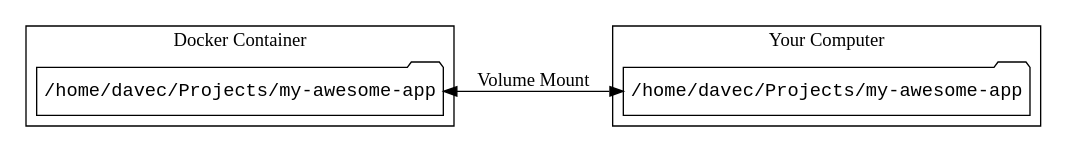
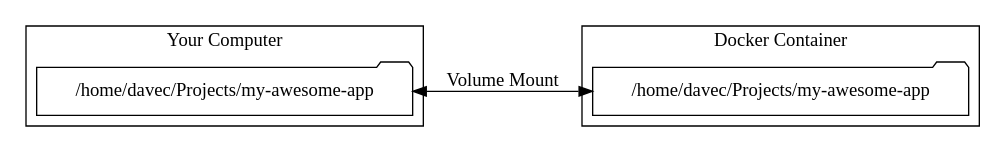
Before and after one commit to davetron5000/naildrivin5.com: the diagram in images/lsp-docker-mounts-same.dot, drawn with Graphviz. The commit also changed 197 other files, not shown here.

```diff
--- a/images/lsp-docker-mounts-same.dot
+++ b/images/lsp-docker-mounts-same.dot
@@ -1,22 +1,22 @@
 digraph G {
   
   rankdir="LR"
   subgraph cluster_docker {
       label = "Docker Container"
-      fontname="Avenir"
+      fontname="Jost"
       
       MountedDir
   }
   subgraph cluster_host {
       label = "Your Computer"
-      fontname="Avenir"
+      fontname="Jost"
       
       SourceDir
   }
  
-  MountedDir -> SourceDir [dir=both label="Volume Mount" fontname="Avenir"]
-  MountedDir[shape=folder fontname="Courier New" label="/home/davec/Projects/my-awesome-app"]
-  SourceDir[shape=folder  fontname="Courier New" label="/home/davec/Projects/my-awesome-app"]
+  SourceDir -> MountedDir [dir=both label="Volume Mount" fontname="Source Serif 4"]
+  MountedDir[shape=folder fontname="Monaspace Krypton Var" class="shape indigo" label="/home/davec/Projects/my-awesome-app"]
+  SourceDir[shape=folder  fontname="Monaspace Krypton Var" class="shape amber" label="/home/davec/Projects/my-awesome-app"]
  
  
 }
```
